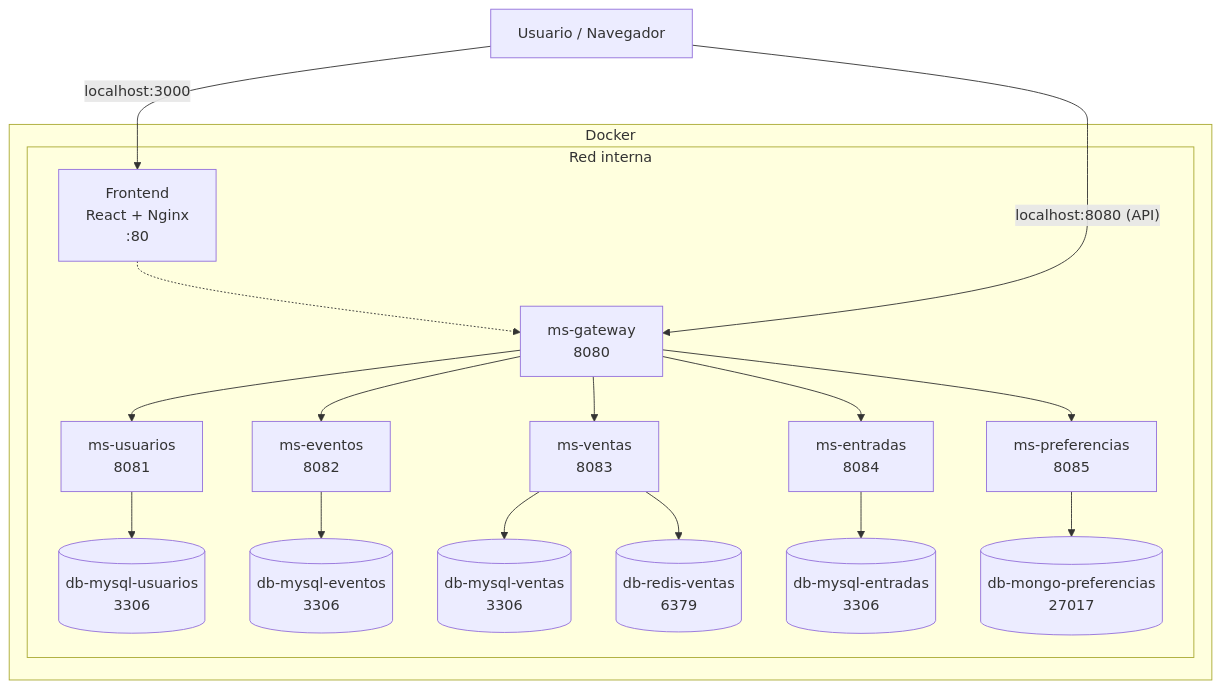
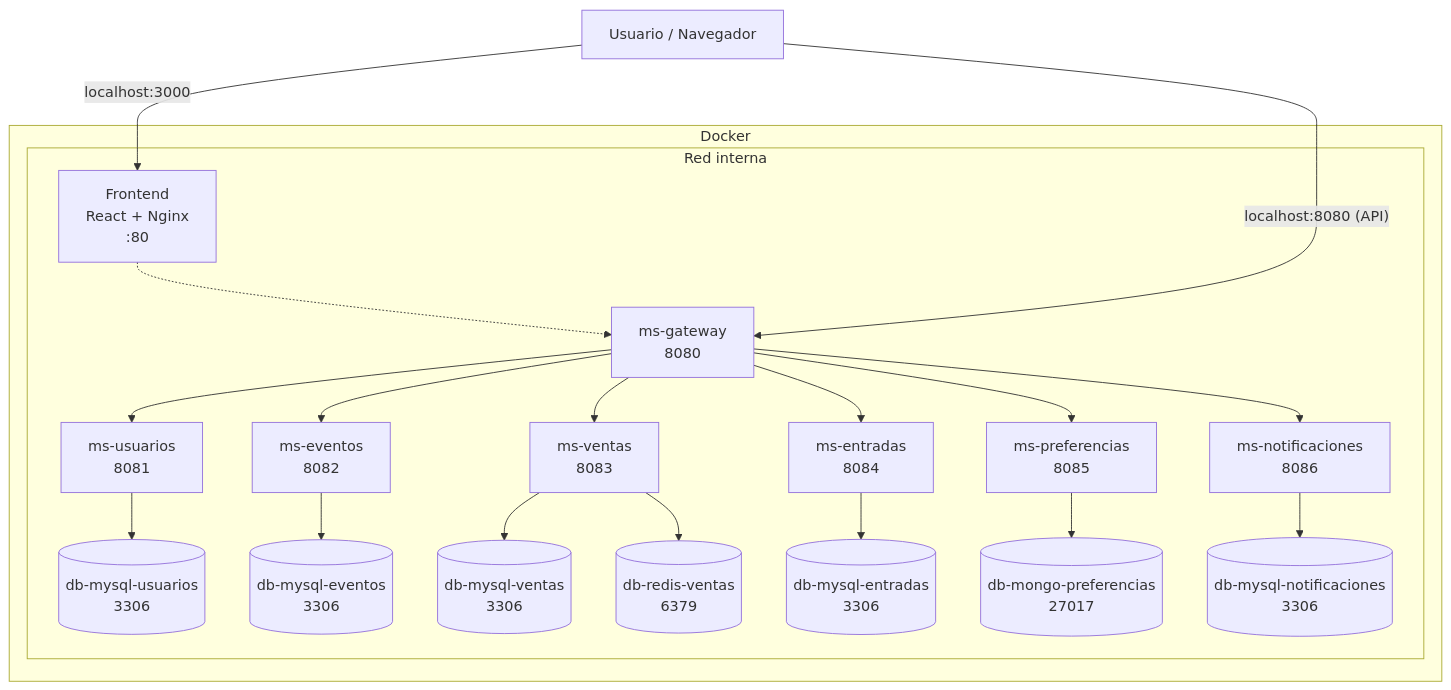
One commit to florAlar/ticketYa changed the diagram in Backend/docs/infraestructura.md. Above: the diagram before and after it, drawn with Mermaid. The commit also changed other lines of this file and 16 other files, not shown here.

````diff
--- a/Backend/docs/infraestructura.md
+++ b/Backend/docs/infraestructura.md
@@ -123,41 +132,45 @@
 ```mermaid
 flowchart TB
-U["Usuario / Navegador"]
+    U["Usuario / Navegador"]
 
     subgraph DOCKER["Docker"]
         subgraph RED["Red interna"]
             FE["Frontend<br/>React + Nginx<br/>:80"]
             GW["ms-gateway<br/>8080"]
 
             UMS["ms-usuarios<br/>8081"]
             EMS["ms-eventos<br/>8082"]
             VMS["ms-ventas<br/>8083"]
             TMS["ms-entradas<br/>8084"]
             PMS["ms-preferencias<br/>8085"]
+            NMS["ms-notificaciones<br/>8086"]
 
             DBU[("db-mysql-usuarios<br/>3306")]
             DBE[("db-mysql-eventos<br/>3306")]
             DBV[("db-mysql-ventas<br/>3306")]
             DBT[("db-mysql-entradas<br/>3306")]
+            DBN[("db-mysql-notificaciones<br/>3306")]
             MDB[("db-mongo-preferencias<br/>27017")]
             R[("db-redis-ventas<br/>6379")]
 
             FE -.-> GW
             GW --> UMS
             GW --> EMS
             GW --> VMS
             GW --> TMS
             GW --> PMS
+            GW --> NMS
 
             UMS --> DBU
             EMS --> DBE
             VMS --> DBV
             VMS --> R
             TMS --> DBT
             PMS --> MDB
+            NMS --> DBN
         end
     end
 
     U -->|"localhost:3000"| FE
     U -->|"localhost:8080 (API)"| GW
 ```
````
